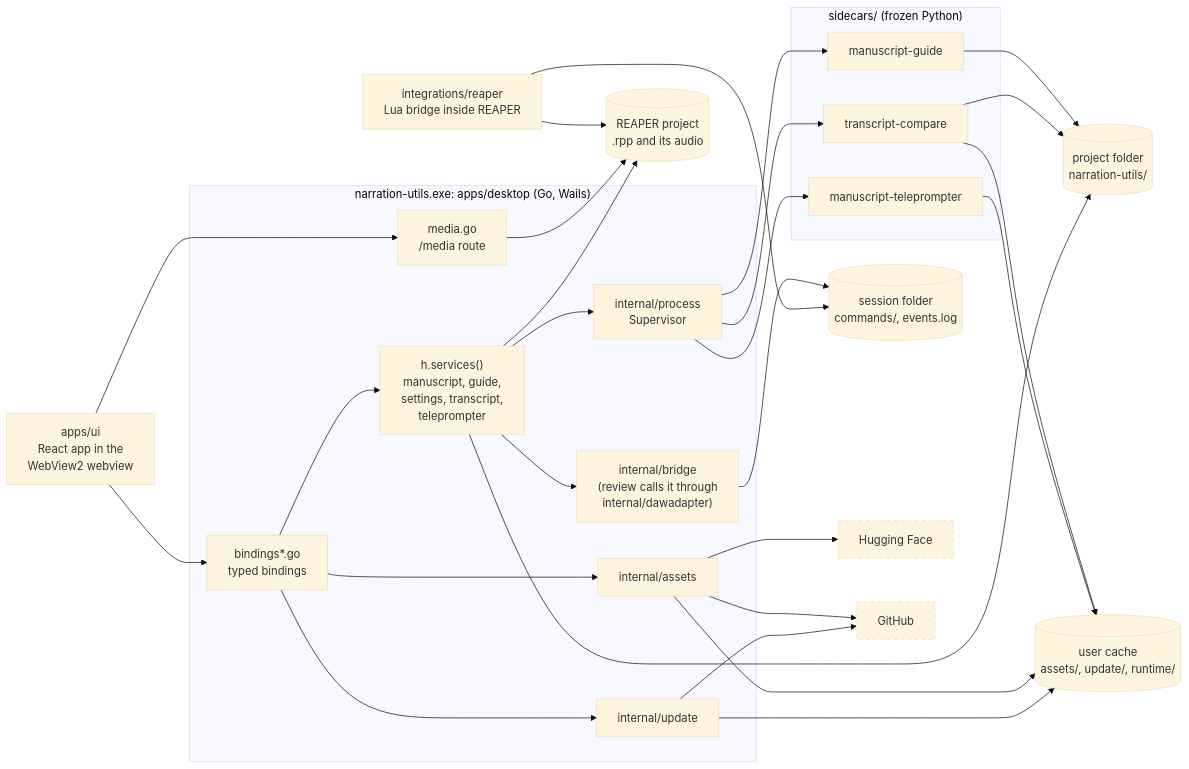
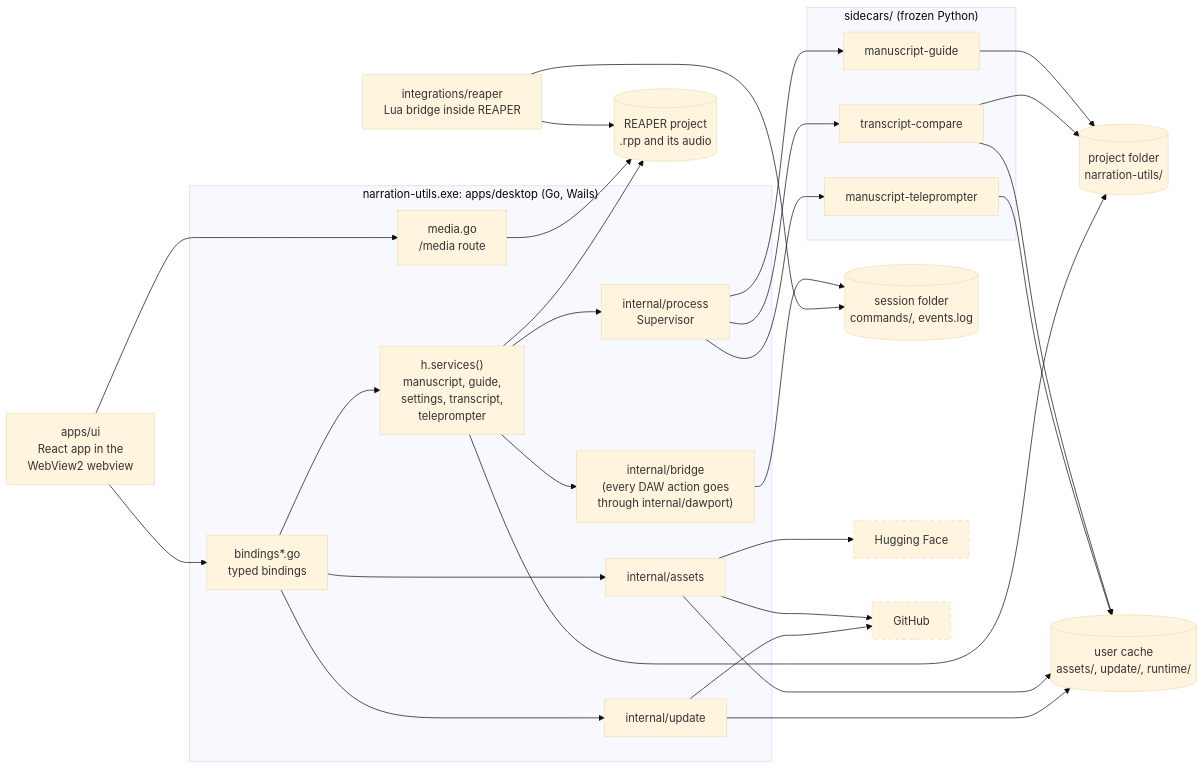
Before and after one commit to countrymanprime/narration-utils: the diagram in docs/architecture/codebase-map.md, drawn with Mermaid (base theme). The commit also changed 46 other files, not shown here.

````diff
--- a/docs/architecture/codebase-map.md
+++ b/docs/architecture/codebase-map.md
@@ -74,52 +74,52 @@
 ```mermaid
 flowchart LR
   ui["apps/ui<br/>React app in the<br/>WebView2 webview"]
   subgraph host["narration-utils.exe: apps/desktop (Go, Wails)"]
     bindings["bindings*.go<br/>typed bindings"]
     services["h.services()<br/>manuscript, guide,<br/>settings, transcript,<br/>teleprompter"]
     assets["internal/assets"]
     update["internal/update"]
     supervisor["internal/process<br/>Supervisor"]
-    bridgeclient["internal/bridge<br/>(review calls it through<br/>internal/dawadapter)"]
+    bridgeclient["internal/bridge<br/>(every DAW action goes<br/>through internal/dawport)"]
     media["media.go<br/>/media route"]
   end
   subgraph sidecars["sidecars/ (frozen Python)"]
     guide["manuscript-guide"]
     compare["transcript-compare"]
     teleprompter["manuscript-teleprompter"]
   end
   lua["integrations/reaper<br/>Lua bridge inside REAPER"]
   rpp[("REAPER project<br/>.rpp and its audio")]
   project[("project folder<br/>narration-utils/")]
   cache[("user cache<br/>assets/, update/, runtime/")]
   session[("session folder<br/>commands/, events.log")]
   huggingface["Hugging Face"]
   github["GitHub"]
   ui --> bindings
   ui --> media
   bindings --> services
   bindings --> assets
   bindings --> update
   services --> supervisor
   services --> bridgeclient
   supervisor --> guide
   supervisor --> compare
   supervisor --> teleprompter
   guide --> project
   compare --> project
   compare --> cache
   teleprompter --> cache
   bridgeclient --> session
   lua --> session
   media --> rpp
   lua --> rpp
   services --> rpp
   assets --> cache
   assets --> huggingface
   assets --> github
   update --> github
   update --> cache
   services --> project
   classDef offmachine stroke-dasharray: 5 5
   class huggingface,github offmachine
 ```
````
